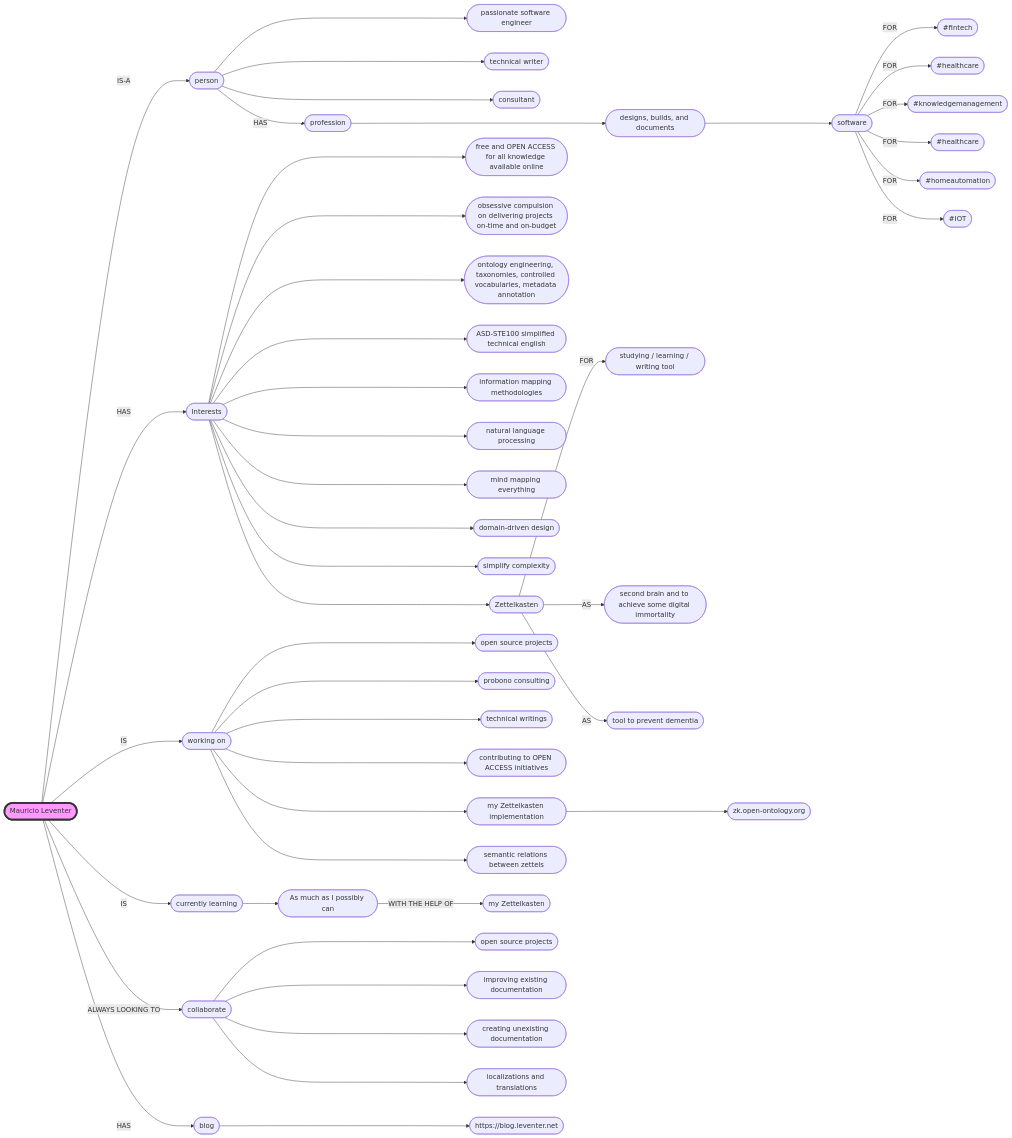
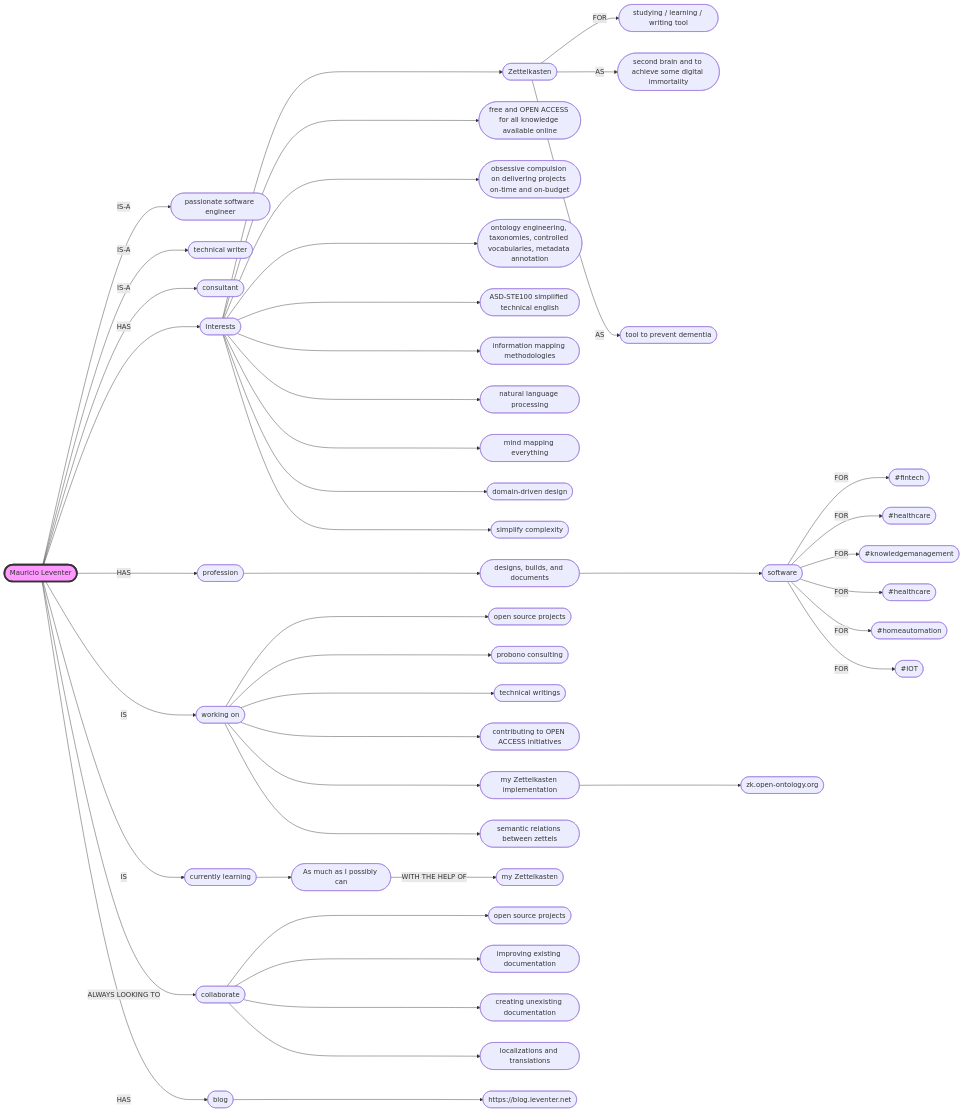
Before and after one commit to mleventer/mleventer: the diagram in README.md, drawn with Mermaid.

````diff
--- a/README.md
+++ b/README.md
@@ -4,49 +4,48 @@
 ```mermaid
 flowchart LR
-    A([Mauricio Leventer]) -->|IS-A| A1([person])
-    A1 ---> A2([passionate software engineer])
-    A1 ---> A3([technical writer])
-    A1 ---> A4([consultant])
-    A1 -->|HAS| AA([profession])
+    A([Mauricio Leventer]) -->|IS-A| A2([passionate software engineer])
+    A -->|IS-A| A3([technical writer])
+    A -->|IS-A| A4([consultant])
+    A -->|HAS| AA([profession])
     AA ---> A5([designs, builds, and documents])
     A5 ---> A6([software])
     A6 -->|FOR| A7([#fintech])
     A6 -->|FOR| A8([#healthcare])
     A6 -->|FOR| A9([#knowledgemanagement])
     A6 -->|FOR| A10([#healthcare])
     A6 -->|FOR| A11([#homeautomation])
     A6 -->|FOR| A12([#IOT])    
     A -->|HAS| B([Interests])
     B ---> I1([free and OPEN ACCESS for all knowledge available online])
     B ---> I2([obsessive compulsion on delivering projects on-time and on-budget])
     B ---> I3([ontology engineering, taxonomies, controlled vocabularies, metadata annotation])
     B ---> I4([ASD-STE100 simplified technical english])
     B ---> I5([information mapping methodologies])
     B ---> I6([natural language processing])
     B ---> I7([mind mapping everything]) 
     B ---> I8([domain-driven design]) 
     B ---> I9([simplify complexity]) 
     B ---> J([Zettelkasten])
     J -->|FOR| J1([studying / learning / writing tool]) 
     J -->|AS| J2([second brain and to achieve some digital immortality]) 
     J -->|AS| J3([tool to prevent dementia])
     A -->|IS| C([working on])
     C ---> C1([open source projects])
     C ---> C2([probono consulting])
     C ---> C3([technical writings])
     C ---> C4([contributing to OPEN ACCESS initiatives])
     C ---> H([my Zettelkasten implementation])
     H ---> H1([zk.open-ontology.org])
     C ---> H2([semantic relations between zettels])
     A -->|IS| D([currently learning])
     D --> D1([As much as I possibly can])
     D1 -->|WITH THE HELP OF| D2([my Zettelkasten])
     A -->|ALWAYS LOOKING TO|E([collaborate])
     E ---> E1([open source projects])
     E ---> E2([improving existing documentation])
     E ---> E3([creating unexisting documentation])
     E ---> E4([localizations and translations])
     A -->|HAS| F([blog])
     F ---> F1([https://blog.leventer.net])
     style A fill:#f9f,stroke:#333,stroke-width:4px
 ```
````
